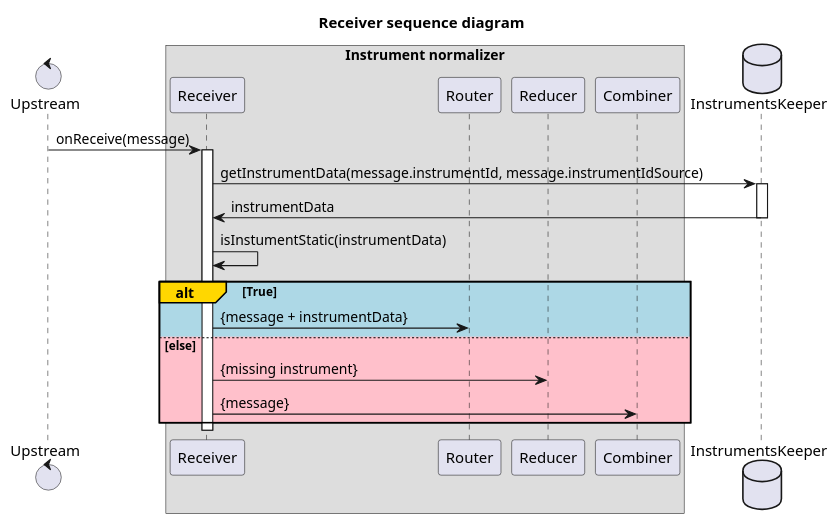
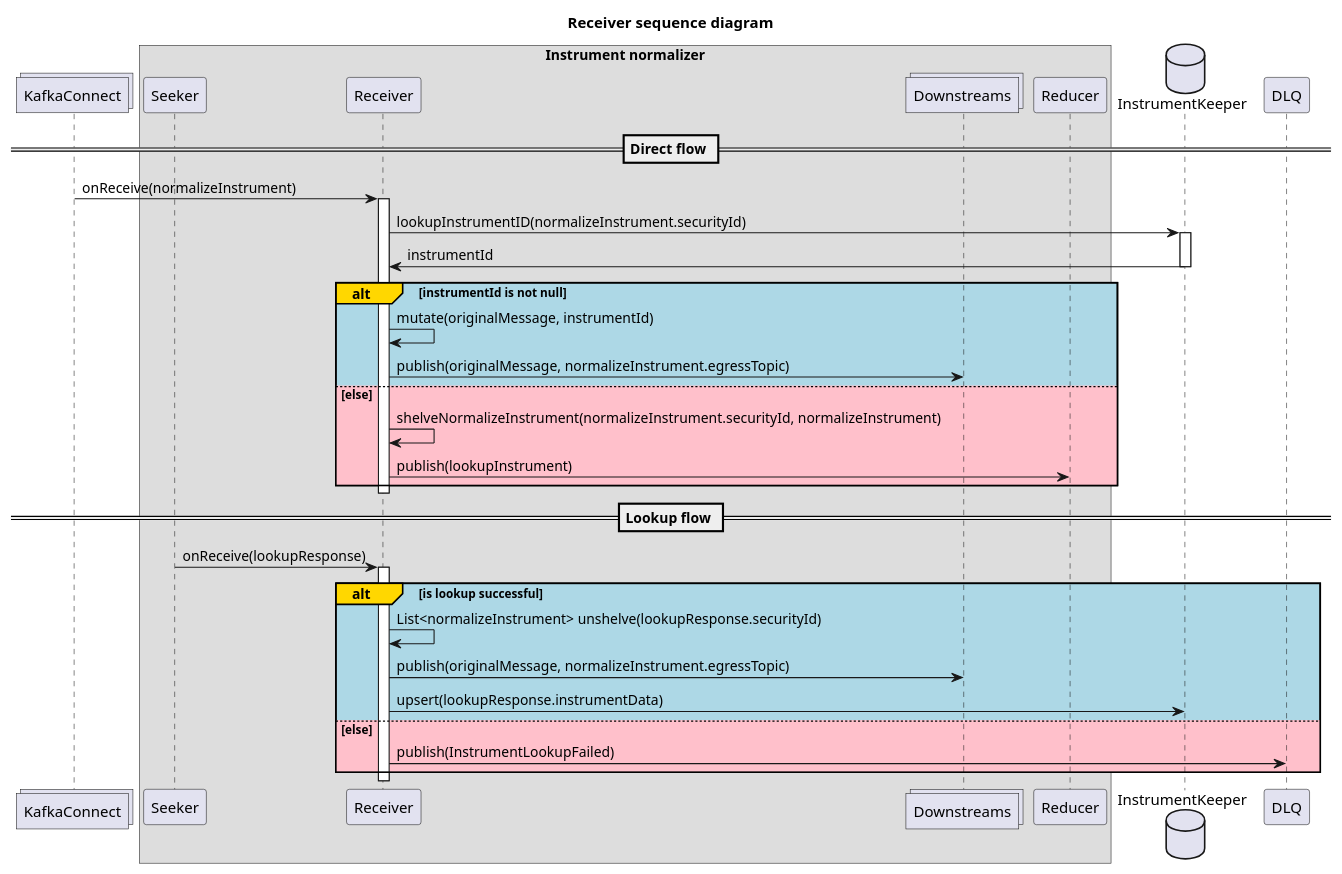
Before and after one commit to limitium/istrument-normalizer: the diagram in docs/design/src/3 Components/3-1 Receiver/receiver.puml, drawn with PlantUML. The commit also changed 25 other files, not shown here.

```diff
--- a/docs/design/src/3 Components/3-1 Receiver/receiver.puml
+++ b/docs/design/src/3 Components/3-1 Receiver/receiver.puml
@@ -1,29 +1,41 @@
 @startuml
 
 title Receiver sequence diagram
 
 
-control Upstream order 10
+collections KafkaConnect order 10
 box "Instrument normalizer"
+participant Seeker order 15
 participant Receiver order 20 
-participant Router order 30 
+collections Downstreams order 30 
 participant Reducer order 35 
-participant Combiner order 40 
 end box
-database InstrumentsKeeper order 50
+database InstrumentKeeper order 50
+participant DLQ order 55
 
-Upstream -> Receiver: onReceive(message)
+== Direct flow ==
+KafkaConnect -> Receiver: onReceive(normalizeInstrument)
 activate Receiver
-Receiver -> InstrumentsKeeper : getInstrumentData(message.instrumentId, message.instrumentIdSource)
-activate InstrumentsKeeper
-InstrumentsKeeper -> Receiver : instrumentData
-deactivate InstrumentsKeeper
-Receiver -> Receiver : isInstumentStatic(instrumentData)
-alt#Gold #LightBlue True
-Receiver -> Router: {message + instrumentData}
+Receiver -> InstrumentKeeper : lookupInstrumentID(normalizeInstrument.securityId)
+activate InstrumentKeeper
+InstrumentKeeper -> Receiver : instrumentId
+deactivate InstrumentKeeper
+alt#Gold #LightBlue instrumentId is not null
+Receiver -> Receiver: mutate(originalMessage, instrumentId)
+Receiver -> Downstreams: publish(originalMessage, normalizeInstrument.egressTopic)
 else #Pink else
-Receiver -> Reducer: {missing instrument}
-Receiver -> Combiner: {message}
+Receiver -> Receiver: shelveNormalizeInstrument(normalizeInstrument.securityId, normalizeInstrument)
+Receiver -> Reducer: publish(lookupInstrument)
 end
 deactivate Receiver
+== Lookup flow ==
+Seeker -> Receiver: onReceive(lookupResponse)
+activate Receiver
+alt#Gold #LightBlue is lookup successful 
+Receiver -> Receiver: List<normalizeInstrument> unshelve(lookupResponse.securityId)
+Receiver -> Downstreams: publish(originalMessage, normalizeInstrument.egressTopic)
+Receiver -> InstrumentKeeper: upsert(lookupResponse.instrumentData)
+else #Pink else
+Receiver -> DLQ: publish(InstrumentLookupFailed)
+end
 @enduml
```
